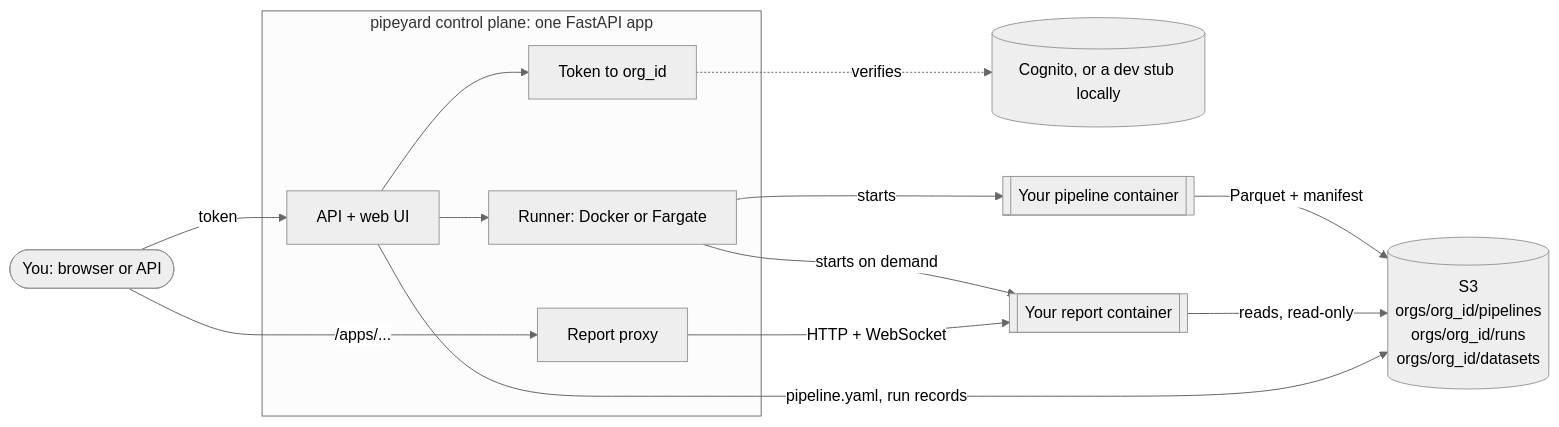
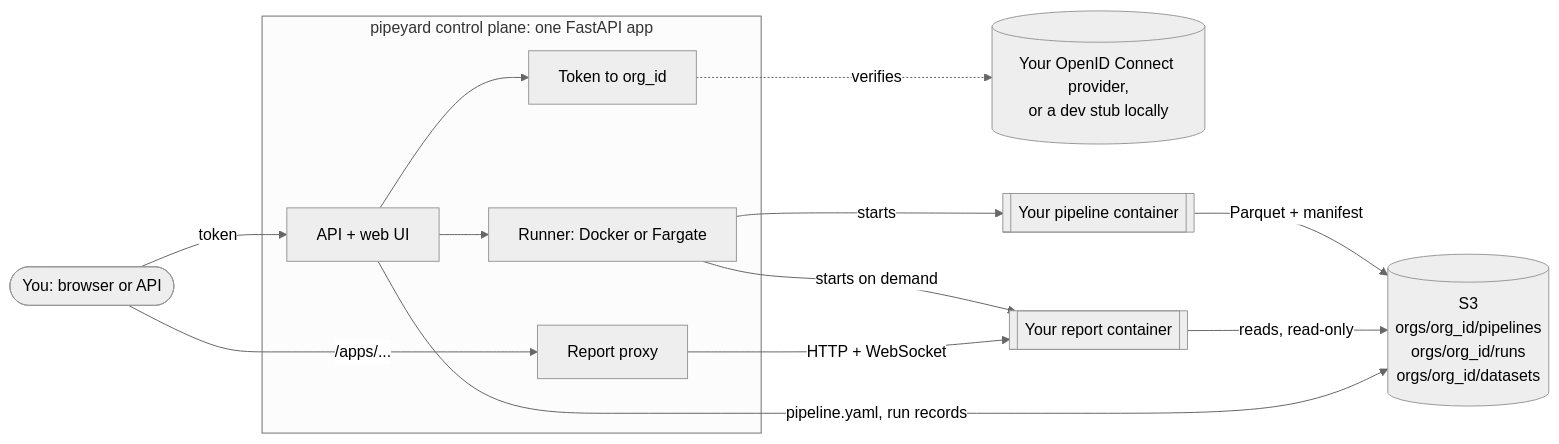
Before and after one commit to hungovercoders/pipeyard: the diagram in README.md, drawn with Mermaid (neutral theme). The commit also changed other lines of this file and 14 other files, not shown here.

````diff
--- a/README.md
+++ b/README.md
@@ -153,24 +153,24 @@
 ```mermaid
 flowchart LR
     user([You: browser or API])
     subgraph cp[pipeyard control plane: one FastAPI app]
         api[API + web UI]
         auth[Token to org_id]
         proxy[Report proxy]
         runner[Runner: Docker or Fargate]
     end
-    idp[(Cognito, or a dev stub locally)]
+    idp[(Your OpenID Connect provider,<br/>or a dev stub locally)]
     task[[Your pipeline container]]
     app[[Your report container]]
     s3[(S3<br/>orgs/org_id/pipelines<br/>orgs/org_id/runs<br/>orgs/org_id/datasets)]
 
     user -- token --> api
     api --> auth -. verifies .-> idp
     api --> runner
     runner -- starts --> task
     runner -- starts on demand --> app
     task -- "Parquet + manifest" --> s3
     app -- "reads, read-only" --> s3
     user -- "/apps/..." --> proxy -- "HTTP + WebSocket" --> app
     api -- "pipeline.yaml, run records" --> s3
 ```
````
